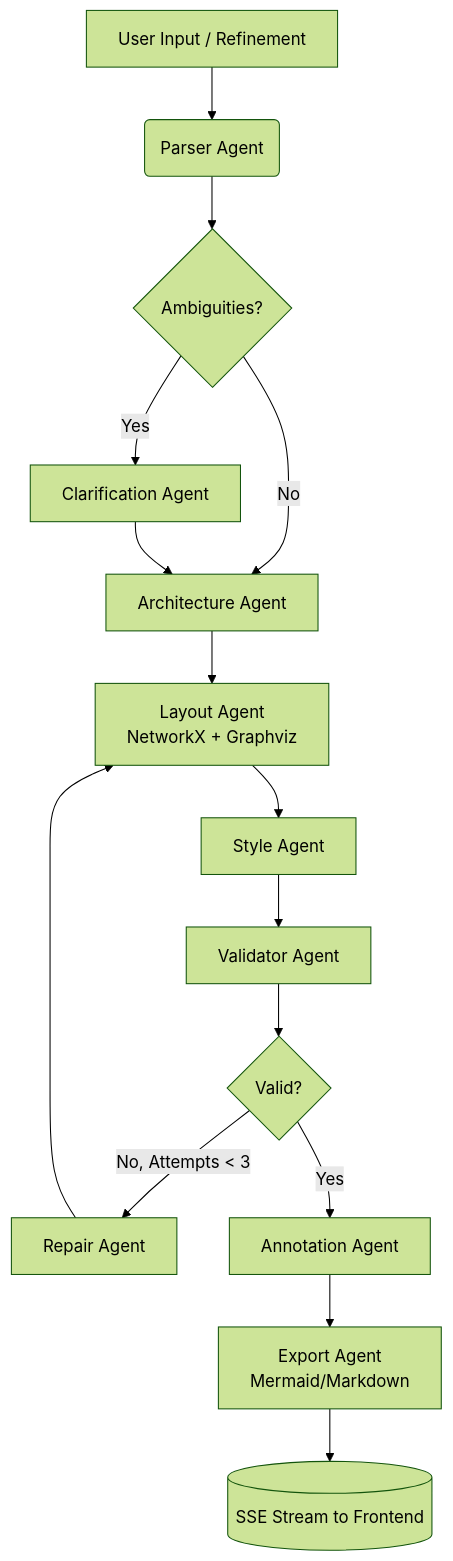
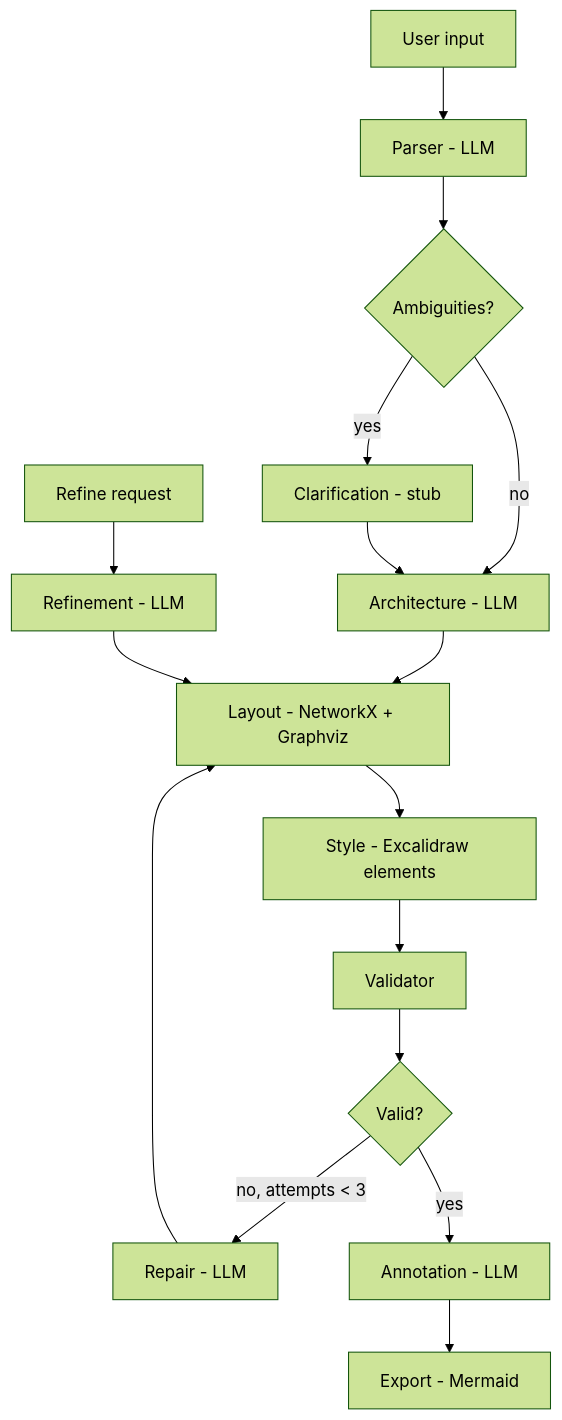
Before and after one commit to Atharv-3105/ArchiGen-AI: the diagram in README.md, drawn with Mermaid (forest theme). The commit also changed other lines of this file, not shown here.

````diff
--- a/README.md
+++ b/README.md
@@ -35,17 +11,17 @@
 ```mermaid
 graph TD
-    A[User Input / Refinement] --> B(Parser Agent)
+    A[User input] --> B[Parser - LLM]
     B --> C{Ambiguities?}
-    C -->|Yes| D[Clarification Agent]
-    C -->|No| E[Architecture Agent]
+    C -->|yes| D[Clarification - stub]
+    C -->|no| E[Architecture - LLM]
     D --> E
-    E --> F[Layout Agent <br/> NetworkX + Graphviz]
-    F --> G[Style Agent]
-    G --> H[Validator Agent]
+    E --> F[Layout - NetworkX + Graphviz]
+    F --> G[Style - Excalidraw elements]
+    G --> H[Validator]
     H --> I{Valid?}
-    I -->|No, Attempts < 3| J[Repair Agent]
+    I -->|no, attempts < 3| J[Repair - LLM]
     J --> F
-    I -->|Yes| K[Annotation Agent]
-    K --> L[Export Agent <br/> Mermaid/Markdown]
-    L --> M[(SSE Stream to Frontend)]
+    I -->|yes| K[Annotation - LLM]
+    K --> L[Export - Mermaid]
+    M[Refine request] --> N[Refinement - LLM] --> F
 ```
````
